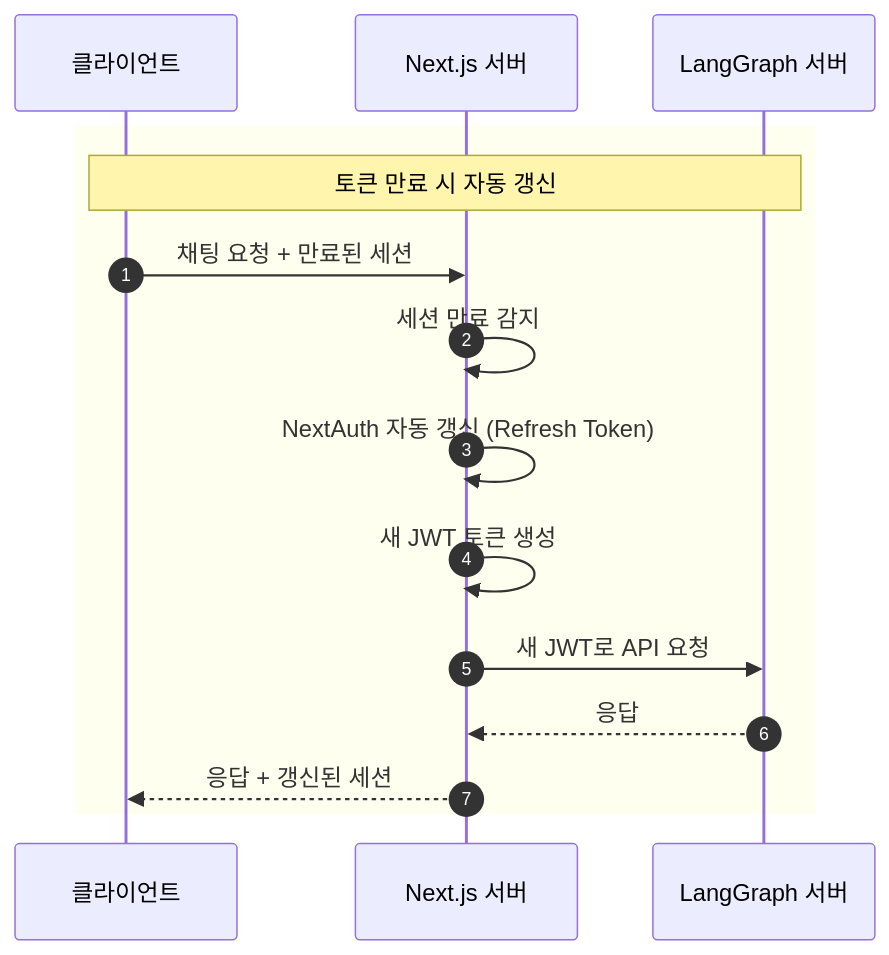
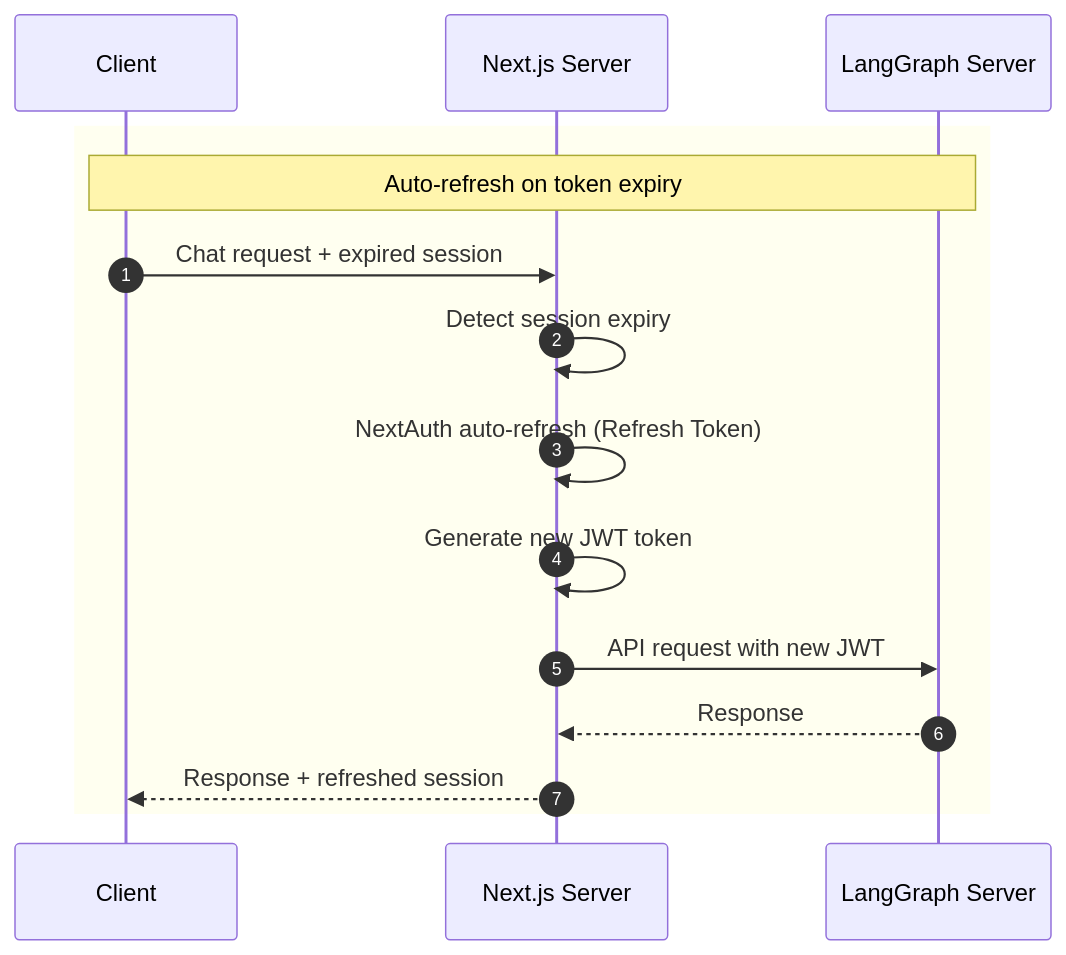
The fourth of 4 diagrams in docs/01-NEXTAUTH-OAUTH.md (braincrew-lab/langgraph-chat-ui), drawn with Mermaid before and after one commit. The commit also changed other lines of this file and 24 other files, not shown here.

````diff
--- a/docs/01-NEXTAUTH-OAUTH.md
+++ b/docs/01-NEXTAUTH-OAUTH.md
@@ -457,18 +457,18 @@
 ```mermaid
 sequenceDiagram
     autonumber
-    participant Client as 클라이언트
-    participant NextJS as Next.js 서버
-    participant LangGraph as LangGraph 서버
+    participant Client as Client
+    participant NextJS as Next.js Server
+    participant LangGraph as LangGraph Server
 
     rect rgb(255, 255, 240)
-        Note over Client,LangGraph: 토큰 만료 시 자동 갱신
-        Client->>NextJS: 채팅 요청 + 만료된 세션
-        NextJS->>NextJS: 세션 만료 감지
-        NextJS->>NextJS: NextAuth 자동 갱신 (Refresh Token)
-        NextJS->>NextJS: 새 JWT 토큰 생성
-        NextJS->>LangGraph: 새 JWT로 API 요청
-        LangGraph-->>NextJS: 응답
-        NextJS-->>Client: 응답 + 갱신된 세션
+        Note over Client,LangGraph: Auto-refresh on token expiry
+        Client->>NextJS: Chat request + expired session
+        NextJS->>NextJS: Detect session expiry
+        NextJS->>NextJS: NextAuth auto-refresh (Refresh Token)
+        NextJS->>NextJS: Generate new JWT token
+        NextJS->>LangGraph: API request with new JWT
+        LangGraph-->>NextJS: Response
+        NextJS-->>Client: Response + refreshed session
     end
 ```
````
